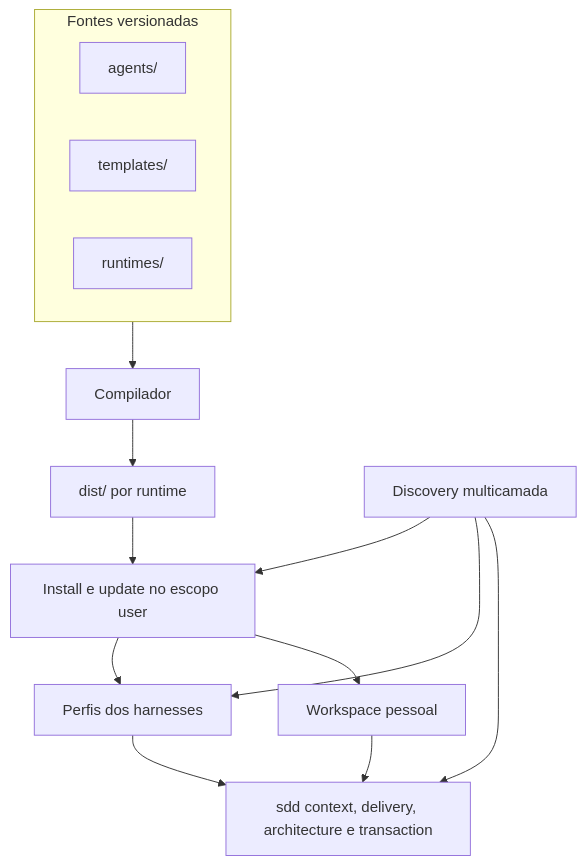
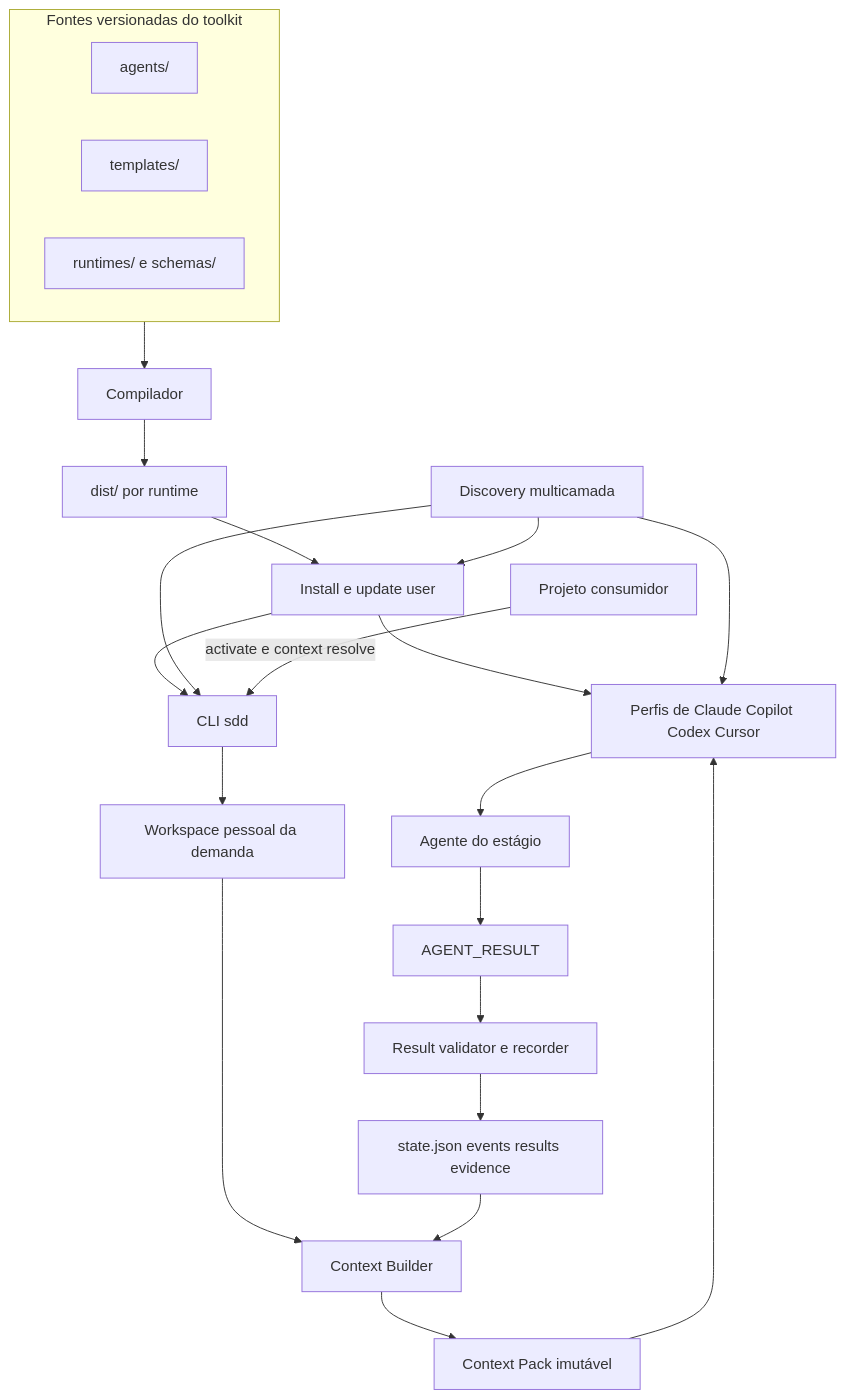
Before and after one commit to fellipemauriciosilva/sdd-toolkit: the first of 4 diagrams in docs/ARCHITECTURE.md, drawn with Mermaid. The commit also changed other lines of this file and 105 other files, not shown here.

Commit message:
feat: add context pack orchestration

````diff
--- a/docs/ARCHITECTURE.md
+++ b/docs/ARCHITECTURE.md
@@ -5,22 +5,30 @@
 ```mermaid
 flowchart TB
-    subgraph Source[Fontes versionadas]
-        A[agents/] 
+    subgraph Source[Fontes versionadas do toolkit]
+        A[agents/]
         T[templates/]
-        R[runtimes/]
+        R[runtimes/ e schemas/]
     end
 
     Source --> C[Compilador]
     C --> D[dist/ por runtime]
 
-    D --> I[Install e update no escopo user]
-    I --> H[Perfis dos harnesses]
-    I --> W[Workspace pessoal]
+    D --> I[Install e update user]
+    I --> H[Perfis de Claude Copilot Codex Cursor]
+    I --> CLI[CLI sdd]
 
     X[Discovery multicamada] --> I
     X --> H
     X --> CLI
 
-    H --> CLI[sdd context, delivery, architecture e transaction]
-    W --> CLI
+    P[Projeto consumidor] -->|activate e context resolve| CLI
+    CLI --> W[Workspace pessoal da demanda]
+    W --> B[Context Builder]
+    B --> K[Context Pack imutável]
+    K --> H
+    H --> AG[Agente do estágio]
+    AG --> AR[AGENT_RESULT]
+    AR --> V[Result validator e recorder]
+    V --> S[state.json events results evidence]
+    S --> B
 ```
````
